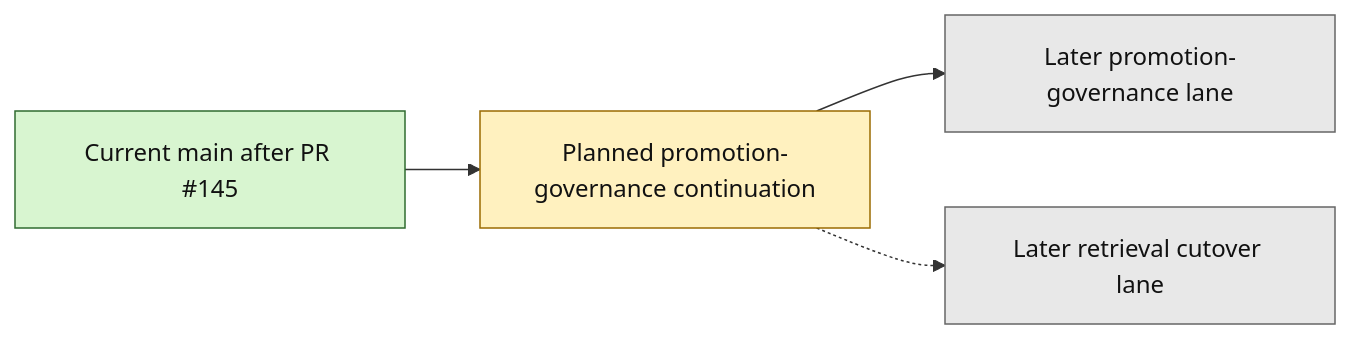
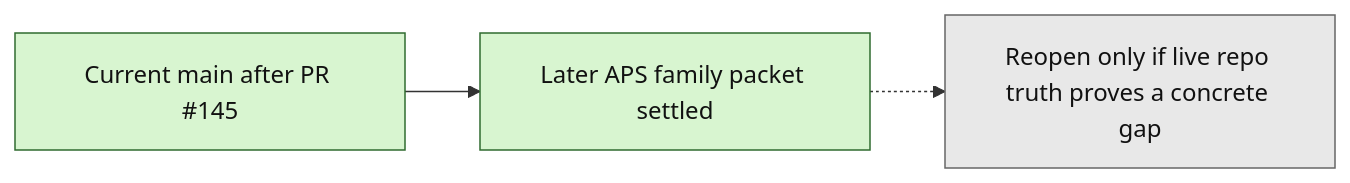
The second of 2 diagrams in next_milestone_plans/layer3_progress_board.md (benjmcd/project6_REPO_MCP_FOLDER), drawn with Mermaid before and after one commit. The commit also changed other lines of this file and 10 other files, not shown here.

Commit message:
docs(layer3): settle later aps families

````diff
--- a/next_milestone_plans/layer3_progress_board.md
+++ b/next_milestone_plans/layer3_progress_board.md
@@ -151,14 +152,11 @@
 ```mermaid
 flowchart LR
-    A["Current main after PR #145"] --> B["Planned promotion-governance continuation"]
-    B --> C["Later promotion-governance lane"]
-    B -.-> D["Later retrieval cutover lane"]
+    A["Current main after PR #145"] --> B["Later APS family packet settled"]
+    B -.-> C["Reopen only if live repo truth proves a concrete gap"]
 
     classDef merged fill:#d8f5d0,stroke:#2f6b2f,color:#111;
-    classDef planned fill:#fff1bf,stroke:#9a6b00,color:#111;
     classDef future fill:#e8e8e8,stroke:#666,color:#111;
 
-    class A merged;
-    class B planned;
-    class C,D future;
+    class A,B merged;
+    class C future;
 ```
````
